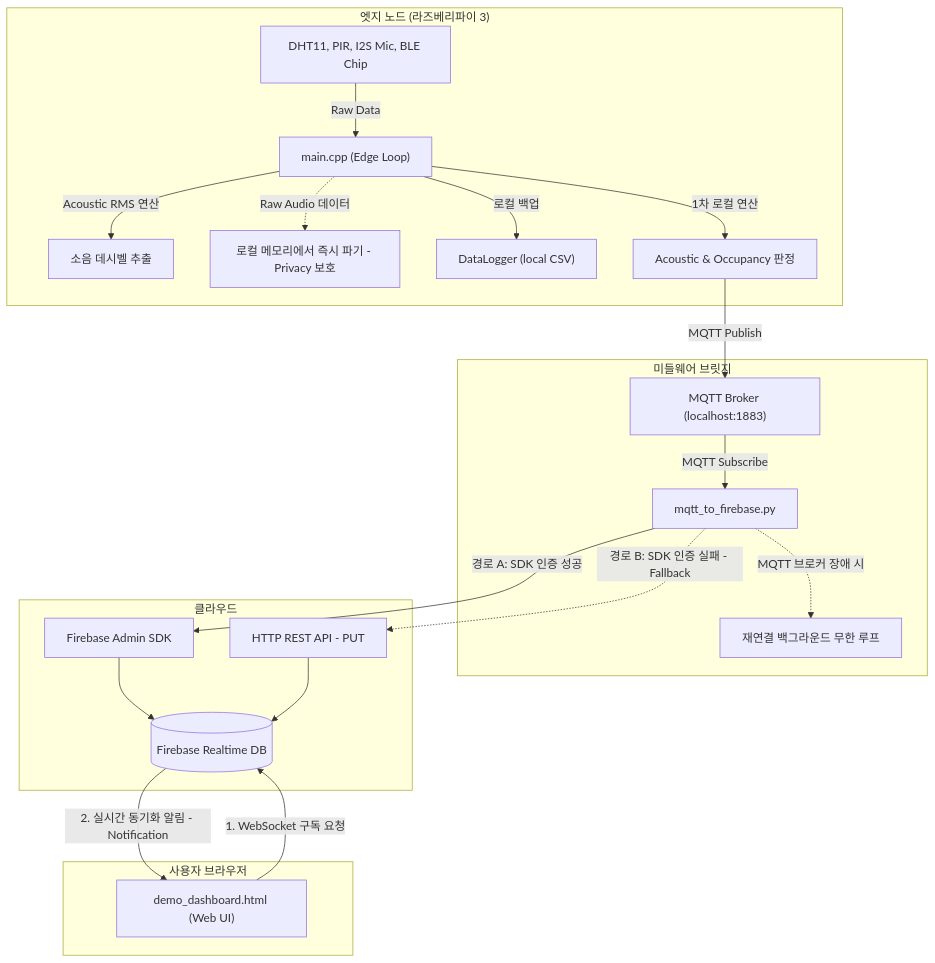
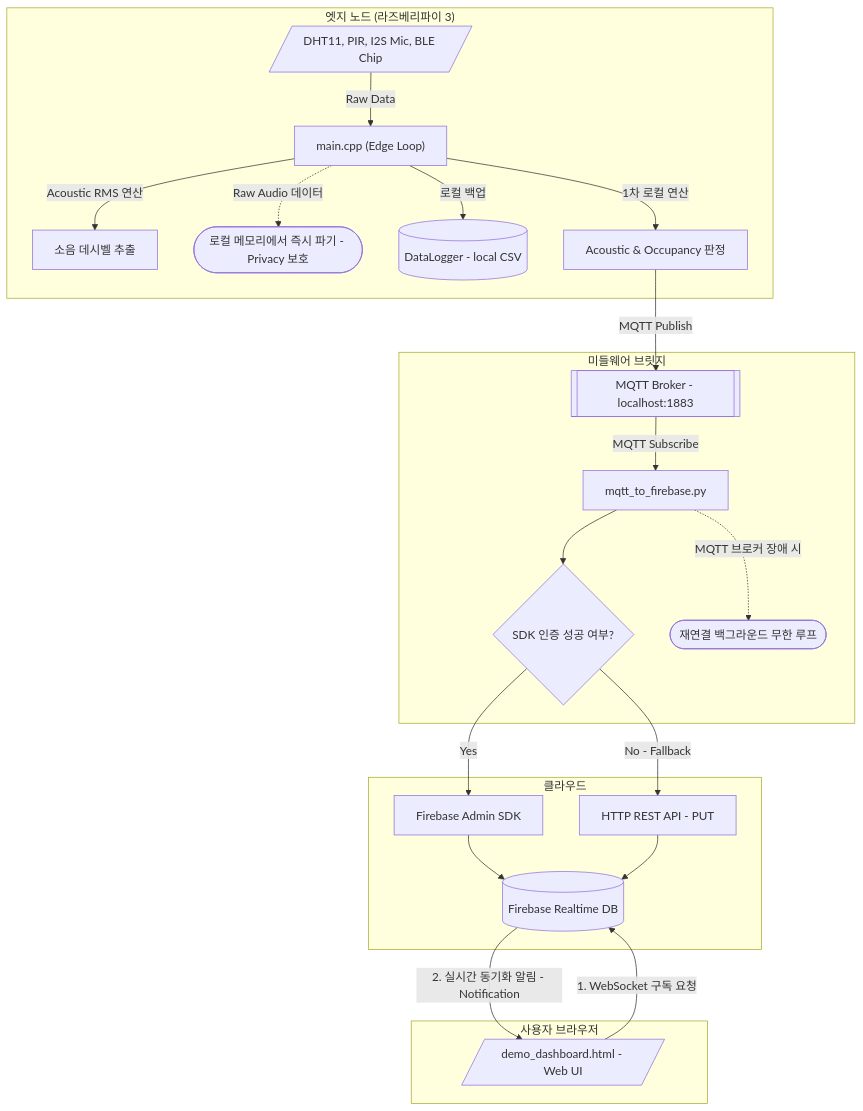
The diagram in README.md (mg021010/StudySpot), drawn with Mermaid before and after one commit.

Commit message:
docs: update Mermaid flowchart nodes with semantically correct shapes

````diff
--- a/README.md
+++ b/README.md
@@ -27,43 +27,44 @@
 ```mermaid
 graph TD
     %% 1. Hardware/Edge Node
     subgraph EdgeNode ["엣지 노드 (라즈베리파이 3)"]
-        Sensors["DHT11, PIR, I2S Mic, BLE Chip"] -->|Raw Data| Main["main.cpp (Edge Loop)"]
+        Sensors[/DHT11, PIR, I2S Mic, BLE Chip/] -->|Raw Data| Main["main.cpp (Edge Loop)"]
         
         %% Audio data privacy flow
         Main -->|Acoustic RMS 연산| SoundDb["소음 데시벨 추출"]
-        Main -.->|Raw Audio 데이터| Trash["로컬 메모리에서 즉시 파기 - Privacy 보호"]
+        Main -.->|Raw Audio 데이터| Trash([로컬 메모리에서 즉시 파기 - Privacy 보호])
         
         %% Local logging / offline flow
-        Main -->|로컬 백업| CSVLogger["DataLogger (local CSV)"]
+        Main -->|로컬 백업| CSVLogger[(DataLogger - local CSV)]
         Main -->|1차 로컬 연산| Proc["Acoustic & Occupancy 판정"]
     end
 
     %% 2. Messaging/Broker
     subgraph Messaging ["미들웨어 브릿지"]
-        Proc -->|MQTT Publish| Broker["MQTT Broker (localhost:1883)"]
+        Proc -->|MQTT Publish| Broker[[MQTT Broker - localhost:1883]]
         Broker -->|MQTT Subscribe| Bridge["mqtt_to_firebase.py"]
+        Bridge --> AuthCheck{"SDK 인증 성공 여부?"}
         
         %% Broker/Bridge connection fail fallback
-        Bridge -.->|MQTT 브로커 장애 시| Retry["재연결 백그라운드 무한 루프"]
+        Bridge -.->|MQTT 브로커 장애 시| Retry([재연결 백그라운드 무한 루프])
     end
 
     %% 3. Cloud / Database
     subgraph Cloud ["클라우드"]
         %% Firebase writing fallback
-        Bridge -->|경로 A: SDK 인증 성공| FirebaseSDK["Firebase Admin SDK"]
-        Bridge -.->|경로 B: SDK 인증 실패 - Fallback| FirebaseREST["HTTP REST API - PUT"]
+        AuthCheck -->|Yes| FirebaseSDK["Firebase Admin SDK"]
+        AuthCheck -->|No - Fallback| FirebaseREST["HTTP REST API - PUT"]
         
-        FirebaseSDK --> DB[("Firebase Realtime DB")]
+        FirebaseSDK --> DB[(Firebase Realtime DB)]
         FirebaseREST --> DB
     end
 
     %% 4. Client / User
     subgraph Client ["사용자 브라우저"]
-        Web["demo_dashboard.html (Web UI)"]
+        Web[/demo_dashboard.html - Web UI/]
         
         %% Subscription & Notification flow
         Web -->|1. WebSocket 구독 요청| DB
         DB -->|2. 실시간 동기화 알림 - Notification| Web
     end
 ```
````
